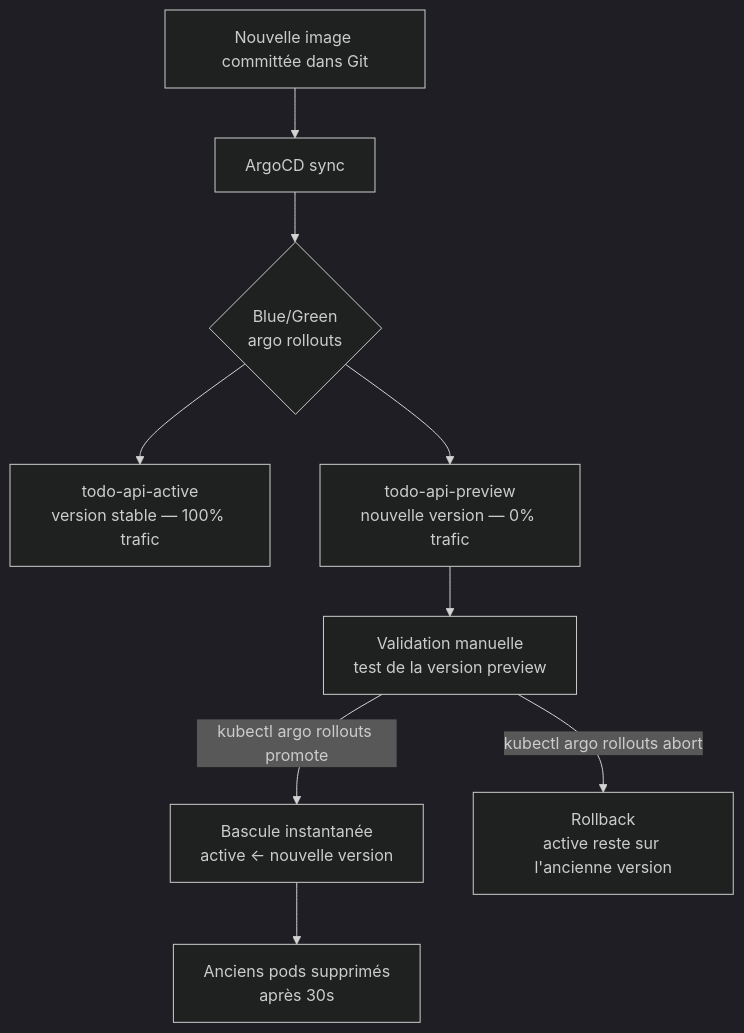
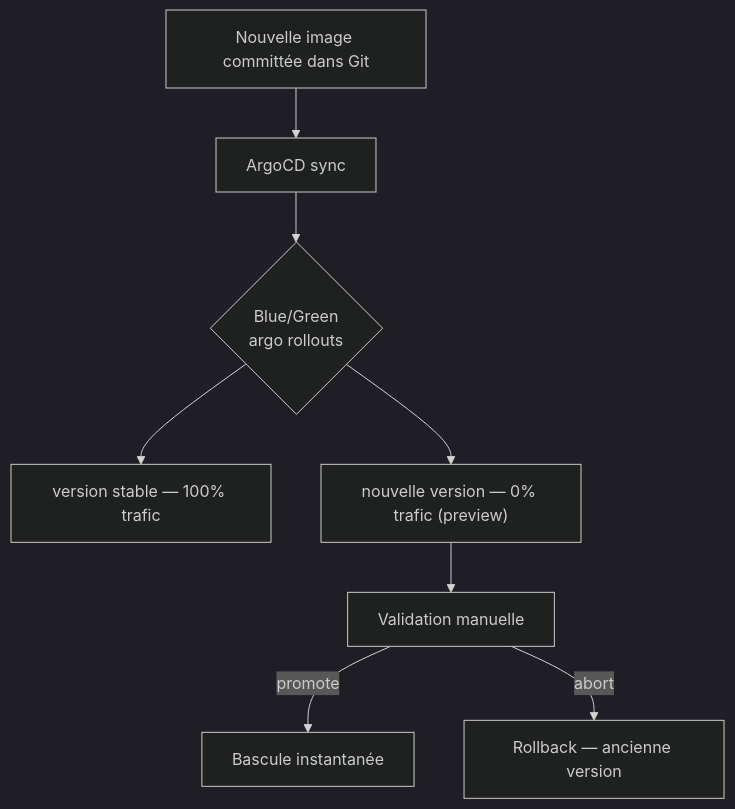
Before and after one commit to cronosjl/gitops-argocd-platform: the third of 3 diagrams in README.md, drawn with Mermaid (dark theme). The commit also changed other lines of this file, not shown here.

````diff
--- a/README.md
+++ b/README.md
@@ -360,11 +328,10 @@
 ```mermaid
 flowchart TD
     A["Nouvelle image committée dans Git"] --> B["ArgoCD sync"]
     B --> C{"Blue/Green\nargo rollouts"}
-    C --> D["todo-api-active\nversion stable — 100% trafic"]
-    C --> E["todo-api-preview\nnouvelle version — 0% trafic"]
-    E --> F["Validation manuelle\ntest de la version preview"]
-    F -->|kubectl argo rollouts promote| G["Bascule instantanée\nactive ← nouvelle version"]
-    G --> H["Anciens pods supprimés\naprès 30s"]
-    F -->|kubectl argo rollouts abort| I["Rollback\nactive reste sur l'ancienne version"]
+    C --> D["version stable — 100% trafic"]
+    C --> E["nouvelle version — 0% trafic (preview)"]
+    E --> F["Validation manuelle"]
+    F -->|promote| G["Bascule instantanée"]
+    F -->|abort| I["Rollback — ancienne version"]
 ```
````
